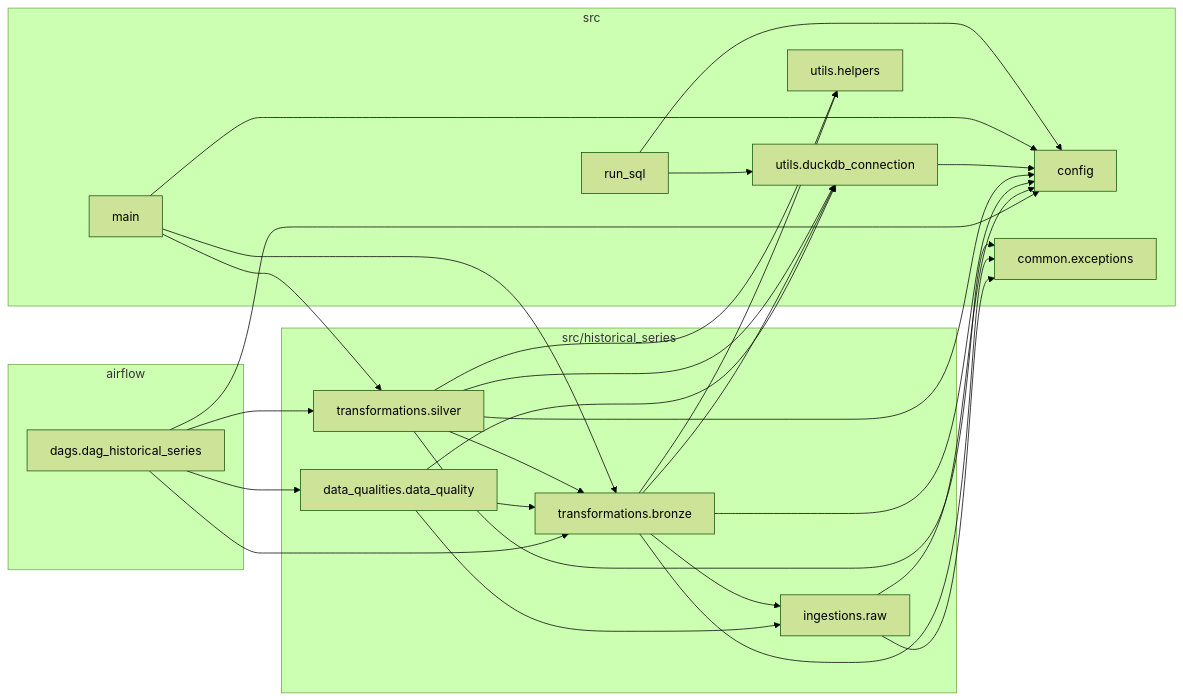
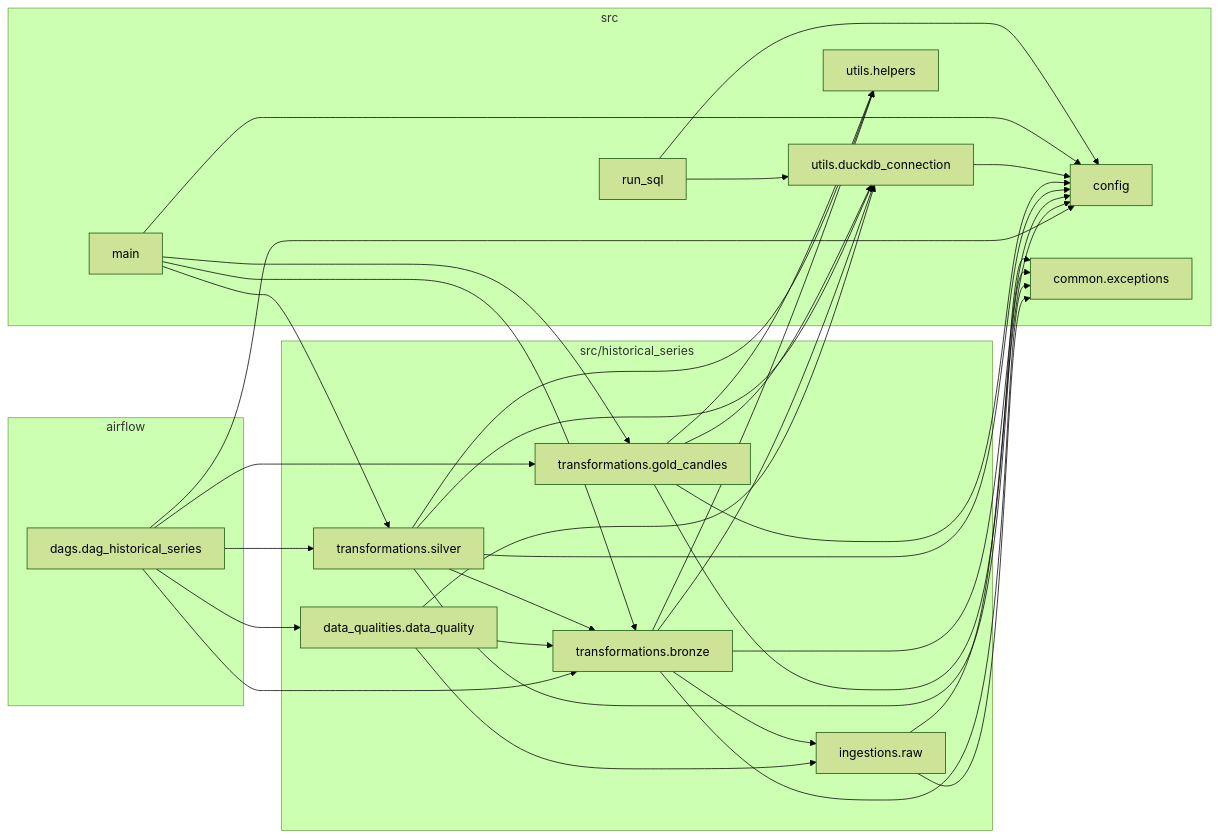
One commit to BiellBatista/Python.DataEngineering changed the diagram in B3-Pipelines/docs/historical-series/diagrama-pacotes.md. Above: the diagram before and after it, drawn with Mermaid (forest theme). The commit also changed 31 other files, not shown here.

First line of the commit message:
feat: add Gold layer for candles in B3-Pipelines

````diff
--- a/B3-Pipelines/docs/historical-series/diagrama-pacotes.md
+++ b/B3-Pipelines/docs/historical-series/diagrama-pacotes.md
@@ -9,46 +9,53 @@
 ```mermaid
 flowchart LR
     subgraph Airflow["airflow"]
         DAG["dags.dag_historical_series"]
     end
     subgraph Historical["src/historical_series"]
         Raw["ingestions.raw"]
         DQ["data_qualities.data_quality"]
         Bronze["transformations.bronze"]
         Silver["transformations.silver"]
+        Gold["transformations.gold_candles"]
     end
     subgraph Shared["src"]
         Config["config"]
         Exceptions["common.exceptions"]
         Connection["utils.duckdb_connection"]
         Helpers["utils.helpers"]
         Main["main"]
         RunSQL["run_sql"]
     end
 
     DAG --> Config
     DAG --> DQ
     DAG --> Bronze
     DAG --> Silver
+    DAG --> Gold
     DQ --> Raw
     DQ --> Bronze
     DQ --> Connection
     Raw --> Config
     Raw --> Exceptions
     Bronze --> Config
     Bronze --> Raw
     Bronze --> Connection
     Bronze --> Helpers
     Bronze --> Exceptions
     Silver --> Config
     Silver --> Bronze
     Silver --> Connection
     Silver --> Helpers
     Silver --> Exceptions
+    Gold --> Config
+    Gold --> Connection
+    Gold --> Helpers
+    Gold --> Exceptions
     Connection --> Config
     Main --> Config
     Main --> Bronze
     Main --> Silver
+    Main --> Gold
     RunSQL --> Config
     RunSQL --> Connection
 ```
````
